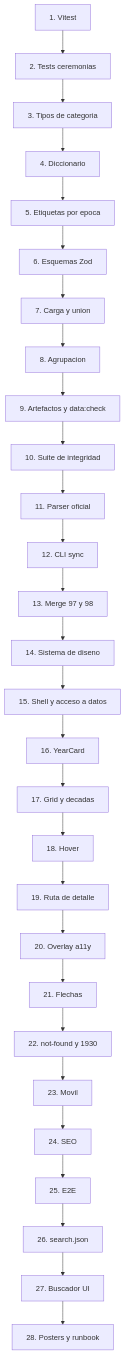
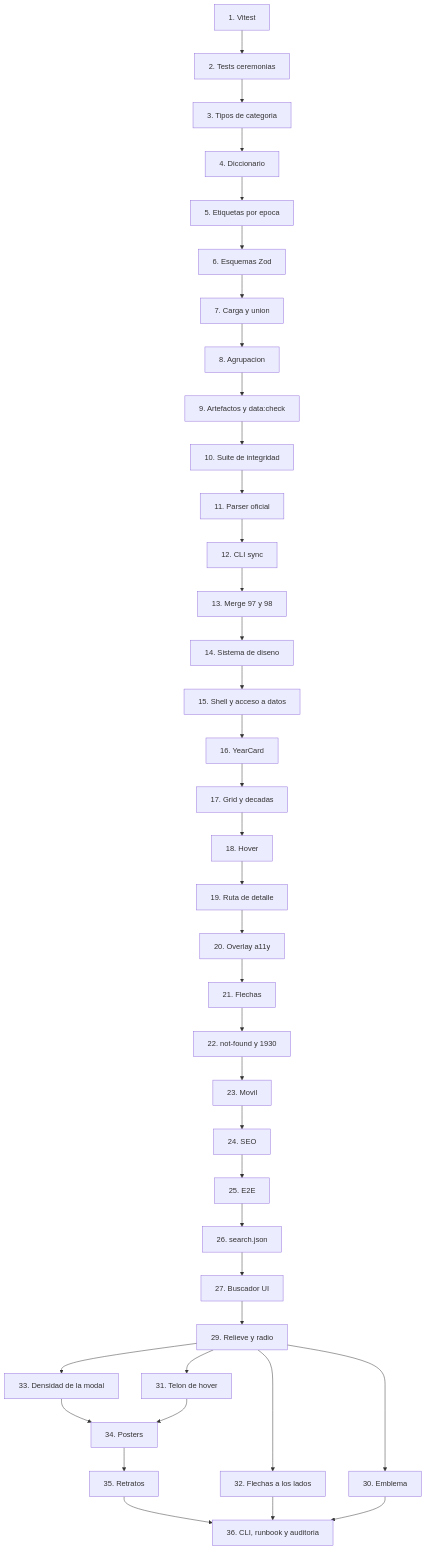
The diagram in prompt_plan.md (luisrox/academy-awards), drawn with Mermaid before and after one commit. The commit also changed other lines of this file and 114 other files, not shown here.

````diff
--- a/prompt_plan.md
+++ b/prompt_plan.md
@@ -85,30 +96,40 @@
 ```mermaid
 flowchart TD
     P1["1. Vitest"] --> P2["2. Tests ceremonias"]
     P2 --> P3["3. Tipos de categoria"]
     P3 --> P4["4. Diccionario"]
     P4 --> P5["5. Etiquetas por epoca"]
     P5 --> P6["6. Esquemas Zod"]
     P6 --> P7["7. Carga y union"]
     P7 --> P8["8. Agrupacion"]
     P8 --> P9["9. Artefactos y data:check"]
     P9 --> P10["10. Suite de integridad"]
     P10 --> P11["11. Parser oficial"]
     P11 --> P12["12. CLI sync"]
     P12 --> P13["13. Merge 97 y 98"]
     P13 --> P14["14. Sistema de diseno"]
     P14 --> P15["15. Shell y acceso a datos"]
     P15 --> P16["16. YearCard"]
     P16 --> P17["17. Grid y decadas"]
     P17 --> P18["18. Hover"]
     P18 --> P19["19. Ruta de detalle"]
     P19 --> P20["20. Overlay a11y"]
     P20 --> P21["21. Flechas"]
     P21 --> P22["22. not-found y 1930"]
     P22 --> P23["23. Movil"]
     P23 --> P24["24. SEO"]
     P24 --> P25["25. E2E"]
     P25 --> P26["26. search.json"]
     P26 --> P27["27. Buscador UI"]
-    P27 --> P28["28. Posters y runbook"]
+    P27 --> P29["29. Relieve y radio"]
+    P29 --> P30["30. Emblema"]
+    P29 --> P31["31. Telon de hover"]
+    P29 --> P32["32. Flechas a los lados"]
+    P29 --> P33["33. Densidad de la modal"]
+    P33 --> P34["34. Posters"]
+    P34 --> P35["35. Retratos"]
+    P31 --> P34
+    P35 --> P36["36. CLI, runbook y auditoria"]
+    P32 --> P36
+    P30 --> P36
 ```
````
